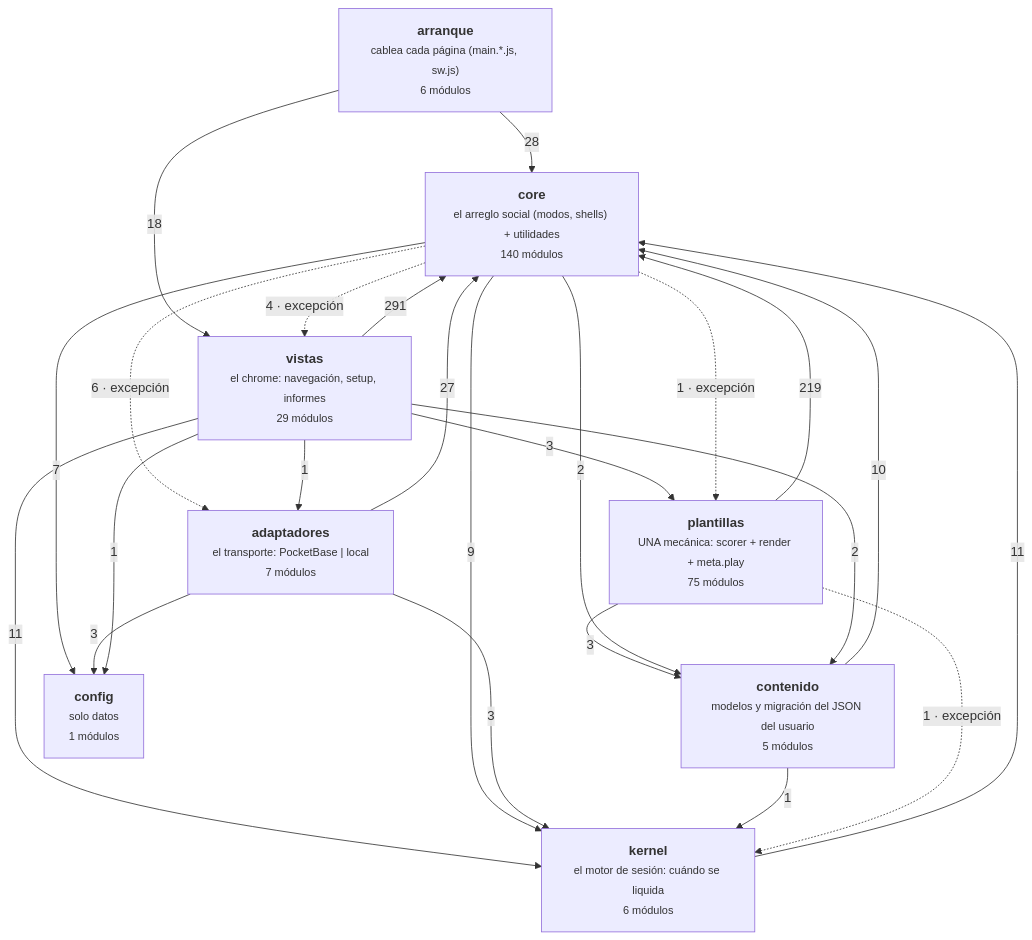
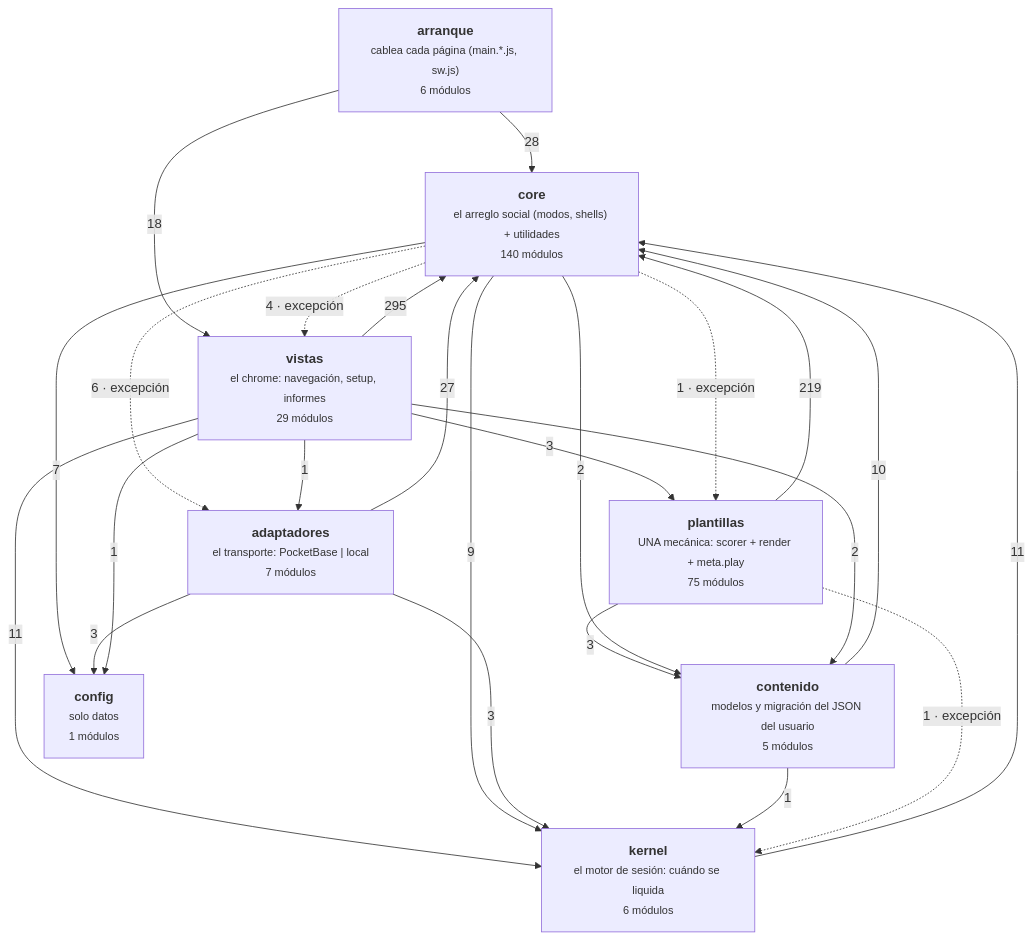
One commit to duecaz/ac changed the diagram in docs/arquitectura-modulos.md. Above: the diagram before and after it, drawn with Mermaid. The commit also changed other lines of this file and 24 other files, not shown here.

````diff
--- a/docs/arquitectura-modulos.md
+++ b/docs/arquitectura-modulos.md
@@ -56,34 +56,34 @@
 ```mermaid
 graph TD
   A["<b>arranque</b><br/><small>cablea cada página (main.*.js, sw.js)</small><br/><small>6 módulos</small>"]
   V["<b>vistas</b><br/><small>el chrome: navegación, setup, informes</small><br/><small>29 módulos</small>"]
   AD["<b>adaptadores</b><br/><small>el transporte: PocketBase | local</small><br/><small>7 módulos</small>"]
   C["<b>core</b><br/><small>el arreglo social (modos, shells) + utilidades</small><br/><small>140 módulos</small>"]
   K["<b>kernel</b><br/><small>el motor de sesión: cuándo se liquida</small><br/><small>6 módulos</small>"]
   T["<b>plantillas</b><br/><small>UNA mecánica: scorer + render + meta.play</small><br/><small>75 módulos</small>"]
   CO["<b>contenido</b><br/><small>modelos y migración del JSON del usuario</small><br/><small>5 módulos</small>"]
   CF["<b>config</b><br/><small>solo datos</small><br/><small>1 módulos</small>"]
-  V -->|291| C
+  V -->|295| C
   T -->|219| C
   A -->|28| C
   AD -->|27| C
   A -->|18| V
   K -->|11| C
   V -->|11| K
   CO -->|10| C
   C -->|9| K
   C -->|7| CF
   C -.->|6 · excepción| AD
   C -.->|4 · excepción| V
   AD -->|3| CF
   AD -->|3| K
   T -->|3| CO
   V -->|3| T
   C -->|2| CO
   V -->|2| CO
   C -.->|1 · excepción| T
   CO -->|1| K
   T -.->|1 · excepción| K
   V -->|1| AD
   V -->|1| CF
 ```
````
